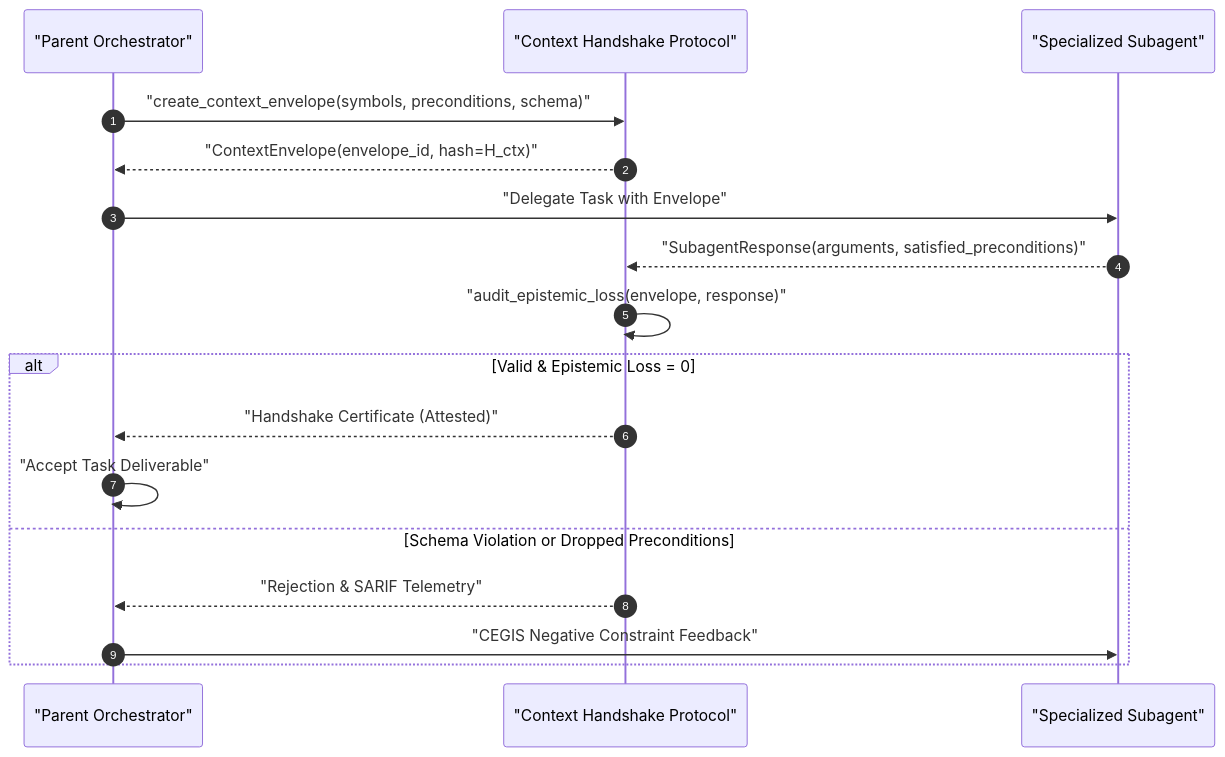
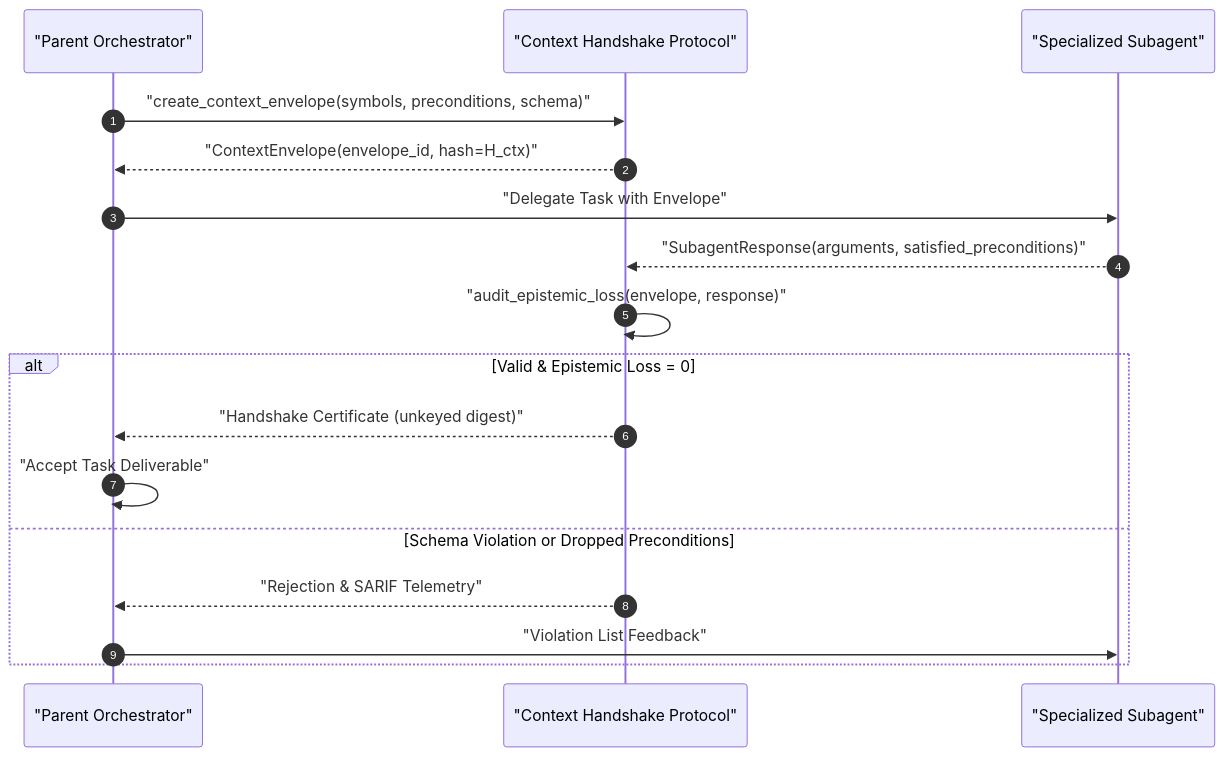
The diagram in examples/epistemic-context-handshake/README.md (dan-petty/vibes), drawn with Mermaid before and after one commit. The commit also changed other lines of this file and 248 other files, not shown here.

````diff
--- a/examples/epistemic-context-handshake/README.md
+++ b/examples/epistemic-context-handshake/README.md
@@ -20,22 +20,22 @@
 ```mermaid
 sequenceDiagram
     autonumber
     participant Parent as "Parent Orchestrator"
     participant Handshake as "Context Handshake Protocol"
     participant Subagent as "Specialized Subagent"
 
     Parent->>Handshake: "create_context_envelope(symbols, preconditions, schema)"
     Handshake-->>Parent: "ContextEnvelope(envelope_id, hash=H_ctx)"
     Parent->>Subagent: "Delegate Task with Envelope"
 
     Subagent-->>Handshake: "SubagentResponse(arguments, satisfied_preconditions)"
     Handshake->>Handshake: "audit_epistemic_loss(envelope, response)"
 
     alt Valid & Epistemic Loss = 0
-        Handshake-->>Parent: "Handshake Certificate (Attested)"
+        Handshake-->>Parent: "Handshake Certificate (unkeyed digest)"
         Parent->>Parent: "Accept Task Deliverable"
     else Schema Violation or Dropped Preconditions
         Handshake-->>Parent: "Rejection & SARIF Telemetry"
-        Parent->>Subagent: "CEGIS Negative Constraint Feedback"
+        Parent->>Subagent: "Violation List Feedback"
     end
 ```
````
